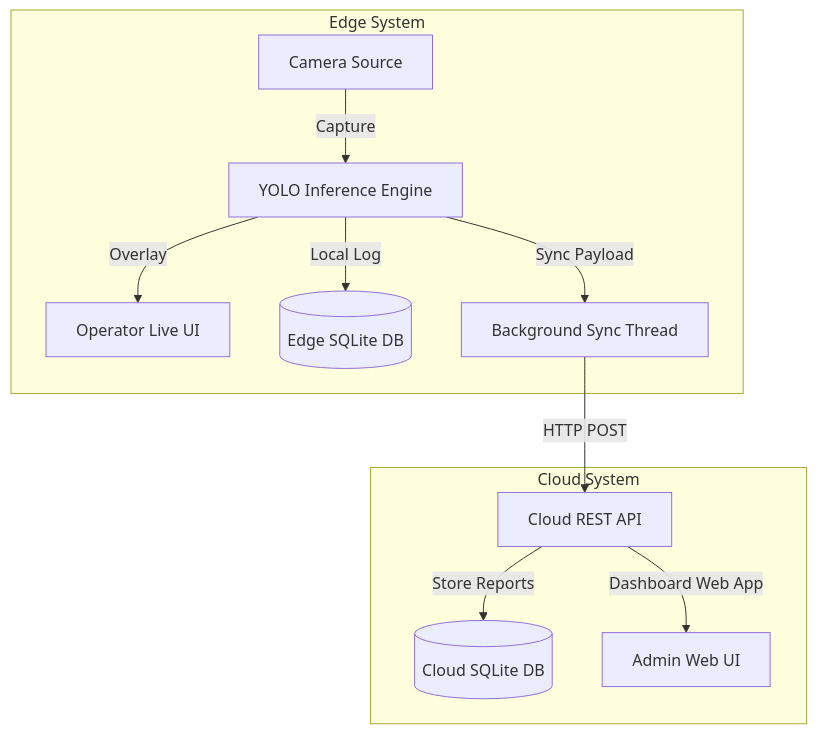
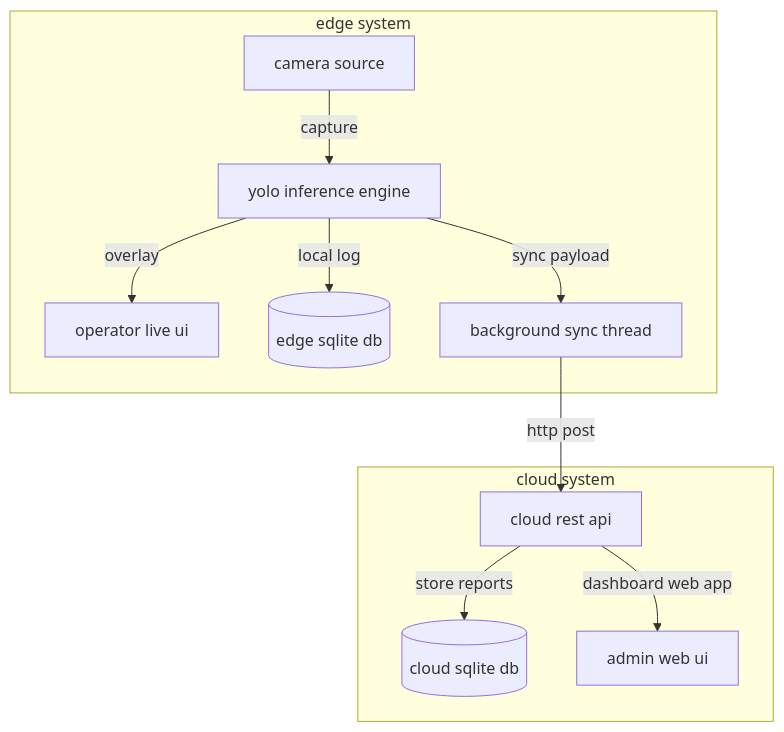
The diagram in README.md (nnickahh/love-of-laundry), drawn with Mermaid before and after one commit. The commit also changed other lines of this file and 37 other files, not shown here.

Commit message:
feat: complete garment inspection system with Pi 5 deployment & cloud dashboard

````diff
--- a/README.md
+++ b/README.md
@@ -7,15 +17,15 @@
 ```mermaid
 graph TD
-    subgraph Edge System
-        Camera[Camera Source] -->|Capture| Inference[YOLO Inference Engine]
-        Inference -->|Overlay| LiveFeed[Operator Live UI]
-        Inference -->|Local Log| EdgeDB[(Edge SQLite DB)]
-        Inference -->|Sync Payload| SyncThread[Background Sync Thread]
+    subgraph edge system
+        Camera["camera source"] -->|capture| Inference["yolo inference engine"]
+        Inference -->|overlay| LiveFeed["operator live ui"]
+        Inference -->|local log| EdgeDB[("edge sqlite db")]
+        Inference -->|sync payload| SyncThread["background sync thread"]
     end
 
-    subgraph Cloud System
-        SyncThread -->|HTTP POST| CloudAPI[Cloud REST API]
-        CloudAPI -->|Store Reports| CloudDB[(Cloud SQLite DB)]
-        CloudAPI -->|Dashboard Web App| AdminDashboard[Admin Web UI]
+    subgraph cloud system
+        SyncThread -->|http post| CloudAPI["cloud rest api"]
+        CloudAPI -->|store reports| CloudDB[("cloud sqlite db")]
+        CloudAPI -->|dashboard web app| AdminDashboard["admin web ui"]
     end
 ```
````
